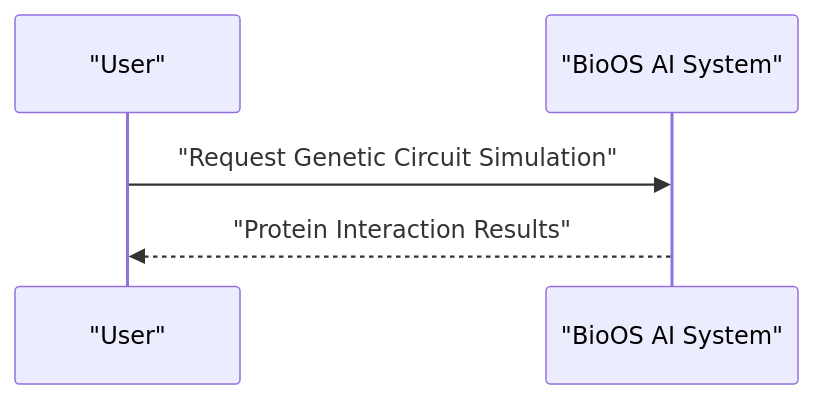
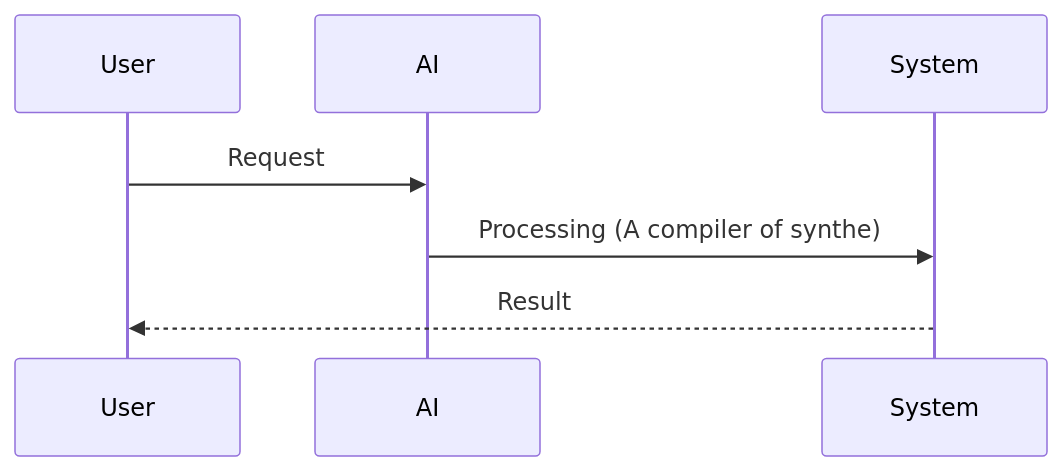
One commit to flouzzy/top-100-ai-startup-ideas changed the second of 2 diagrams in ideas/bio-os-synthetic/README.md. Above: the diagram before and after it, drawn with Mermaid. The commit also changed other lines of this file and 68 other files, not shown here.

````diff
--- a/ideas/bio-os-synthetic/README.md
+++ b/ideas/bio-os-synthetic/README.md
@@ -37,7 +37,9 @@
 ```mermaid
 sequenceDiagram
-    participant U as "User"
-    participant S as "BioOS AI System"
-    U->>S: "Request Genetic Circuit Simulation"
-    S-->>U: "Protein Interaction Results"
+    participant User
+    participant AI
+    participant System
+    User->>AI: Request
+    AI->>System: Processing (A compiler of synthe)
+    System-->>User: Result
 ```
````
